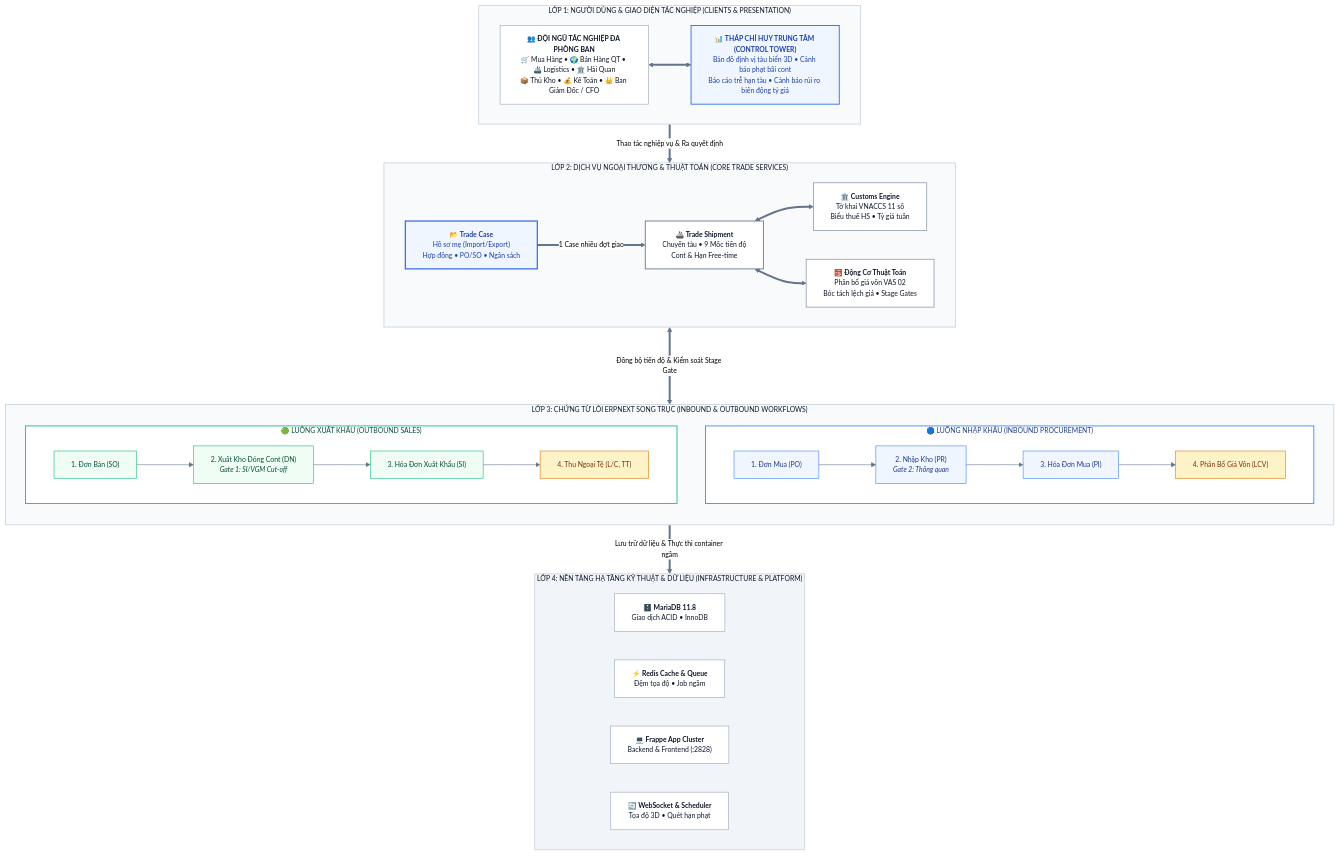
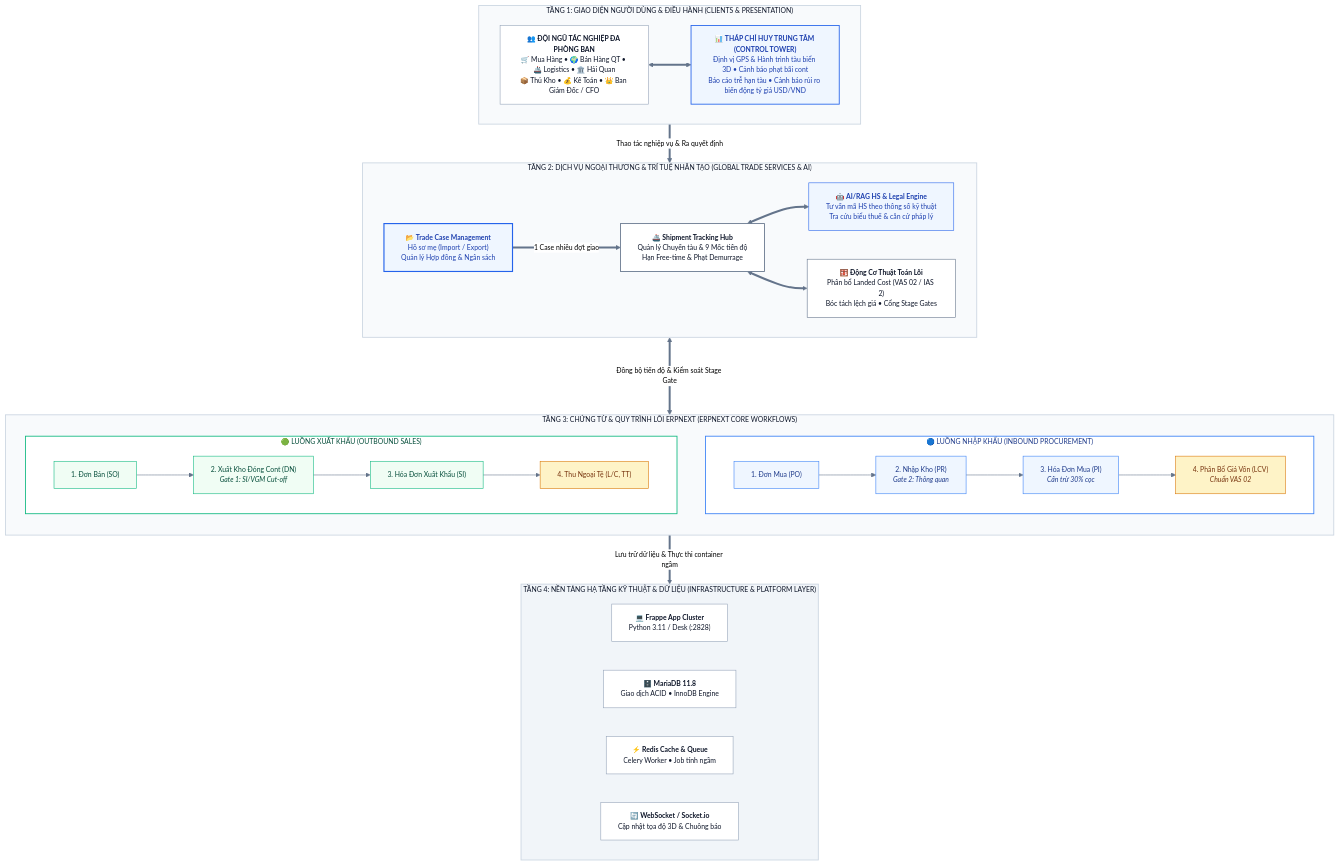
Before and after one commit to capkimkhanh2k5/Logistics_ERPNext_RAG: the first of 3 diagrams in KIEN_TRUC_HE_THONG_QUAN_TRI_XUAT_NHAP_KHAU.md, drawn with Mermaid. The commit also changed other lines of this file, not shown here.

Commit message:
docs: streamline architecture with 4-tier enterprise layers and 5-stage lifecycle workflow

````diff
--- a/KIEN_TRUC_HE_THONG_QUAN_TRI_XUAT_NHAP_KHAU.md
+++ b/KIEN_TRUC_HE_THONG_QUAN_TRI_XUAT_NHAP_KHAU.md
@@ -29,38 +29,38 @@
 %%{init: {'theme': 'neutral', 'themeVariables': { 'fontFamily': 'Segoe UI, Arial, sans-serif', 'fontSize': '12px', 'lineColor': '#64748B'}}}%%
 flowchart TD
     %% ==========================================
-    %% LỚP 1: CON NGƯỜI & ĐIỀU HÀNH (CLIENTS & WORKSPACES)
+    %% TẦNG 1: GIAO DIỆN & ĐIỀU HÀNH (PRESENTATION & CLIENTS)
     %% ==========================================
-    subgraph T1["LỚP 1: NGƯỜI DÙNG & GIAO DIỆN TÁC NGHIỆP (CLIENTS & PRESENTATION)"]
+    subgraph T1["TẦNG 1: GIAO DIỆN NGƯỜI DÙNG & ĐIỀU HÀNH (CLIENTS & PRESENTATION)"]
         direction LR
         ROLES["👥 <b>ĐỘI NGŨ TÁC NGHIỆP ĐA PHÒNG BAN</b><br>🛒 Mua Hàng • 🌍 Bán Hàng QT • 🚢 Logistics • 🏛️ Hải Quan<br>📦 Thủ Kho • 💰 Kế Toán • 👑 Ban Giám Đốc / CFO"]
-        DASH["📊 <b>THÁP CHỈ HUY TRUNG TÂM (CONTROL TOWER)</b><br>Bản đồ định vị tàu biển 3D • Cảnh báo phạt bãi cont<br>Báo cáo trễ hạn tàu • Cảnh báo rủi ro biến động tỷ giá"]
+        DASH["📊 <b>THÁP CHỈ HUY TRUNG TÂM (CONTROL TOWER)</b><br>Định vị GPS & Hành trình tàu biển 3D • Cảnh báo phạt bãi cont<br>Báo cáo trễ hạn tàu • Cảnh báo rủi ro biến động tỷ giá USD/VND"]
         ROLES <==> DASH
     end
 
     %% ==========================================
-    %% LỚP 2: TRUNG TÂM QUẢN TRỊ NGOẠI THƯƠNG
+    %% TẦNG 2: DỊCH VỤ NGOẠI THƯƠNG & TRÍ TUỆ NHÂN TẠO
     %% ==========================================
-    subgraph T2["LỚP 2: DỊCH VỤ NGOẠI THƯƠNG & THUẬT TOÁN (CORE TRADE SERVICES)"]
+    subgraph T2["TẦNG 2: DỊCH VỤ NGOẠI THƯƠNG & TRÍ TUỆ NHÂN TẠO (GLOBAL TRADE SERVICES & AI)"]
         direction LR
-        TC["📂 <b>Trade Case</b><br>Hồ sơ mẹ (Import/Export)<br>Hợp đồng • PO/SO • Ngân sách"]
-        TS["🚢 <b>Trade Shipment</b><br>Chuyến tàu • 9 Mốc tiến độ<br>Cont & Hạn Free-time"]
-        VNACCS["🏛️ <b>Customs Engine</b><br>Tờ khai VNACCS 11 số<br>Biểu thuế HS • Tỷ giá tuần"]
-        LOGIC["🧮 <b>Động Cơ Thuật Toán</b><br>Phân bổ giá vốn VAS 02<br>Bóc tách lệch giá • Stage Gates"]
+        TC["📂 <b>Trade Case Management</b><br>Hồ sơ mẹ (Import / Export)<br>Quản lý Hợp đồng & Ngân sách"]
+        TS["🚢 <b>Shipment Tracking Hub</b><br>Quản lý Chuyến tàu & 9 Mốc tiến độ<br>Hạn Free-time & Phạt Demurrage"]
+        AIRAG["🤖 <b>AI/RAG HS & Legal Engine</b><br>Tư vấn mã HS theo thông số kỹ thuật<br>Tra cứu biểu thuế & căn cứ pháp lý"]
+        LOGIC["🧮 <b>Động Cơ Thuật Toán Lõi</b><br>Phân bổ Landed Cost (VAS 02 / IAS 2)<br>Bóc tách lệch giá • Cổng Stage Gates"]
         
         TC ==>|"1 Case nhiều đợt giao"| TS
-        TS <==> VNACCS
+        TS <==> AIRAG
         TS <==> LOGIC
     end
 
     %% ==========================================
-    %% LỚP 3: HAI LUỒNG CHỨNG TỪ SONG SONG
+    %% TẦNG 3: CHỨNG TỪ & QUY TRÌNH LÕI ERPNEXT
     %% ==========================================
-    subgraph T3["LỚP 3: CHỨNG TỪ LÕI ERPNEXT SONG TRỤC (INBOUND & OUTBOUND WORKFLOWS)"]
+    subgraph T3["TẦNG 3: CHỨNG TỪ & QUY TRÌNH LÕI ERPNEXT (ERPNEXT CORE WORKFLOWS)"]
         direction TB
         subgraph LUONG_NHAP["🔵 LUỒNG NHẬP KHẨU (INBOUND PROCUREMENT)"]
             direction LR
-            PO["1. Đơn Mua (PO)"] --> PR["2. Nhập Kho (PR)<br><i>Gate 2: Thông quan</i>"] --> PI["3. Hóa Đơn Mua (PI)"] --> LCV["4. Phân Bổ Giá Vốn (LCV)"]
+            PO["1. Đơn Mua (PO)"] --> PR["2. Nhập Kho (PR)<br><i>Gate 2: Thông quan</i>"] --> PI["3. Hóa Đơn Mua (PI)<br><i>Cấn trừ 30% cọc</i>"] --> LCV["4. Phân Bổ Giá Vốn (LCV)<br><i>Chuẩn VAS 02</i>"]
         end
         subgraph LUONG_XUAT["🟢 LUỒNG XUẤT KHẨU (OUTBOUND SALES)"]
             direction LR
@@ -69,14 +69,14 @@
     end
 
     %% ==========================================
-    %% LỚP 4: HẠ TẦNG KỸ THUẬT CONTAINER
+    %% TẦNG 4: HẠ TẦNG KỸ THUẬT & DỮ LIỆU
     %% ==========================================
-    subgraph T4["LỚP 4: NỀN TẢNG HẠ TẦNG KỸ THUẬT & DỮ LIỆU (INFRASTRUCTURE & PLATFORM)"]
+    subgraph T4["TẦNG 4: NỀN TẢNG HẠ TẦNG KỸ THUẬT & DỮ LIỆU (INFRASTRUCTURE & PLATFORM LAYER)"]
         direction LR
-        INFRA_DB["🗄️ <b>MariaDB 11.8</b><br>Giao dịch ACID • InnoDB"]
-        INFRA_REDIS["⚡ <b>Redis Cache & Queue</b><br>Đệm tọa độ • Job ngầm"]
-        INFRA_APP["💻 <b>Frappe App Cluster</b><br>Backend & Frontend (:2828)"]
-        INFRA_SOCK["🔄 <b>WebSocket & Scheduler</b><br>Tọa độ 3D • Quét hạn phạt"]
+        INFRA_APP["💻 <b>Frappe App Cluster</b><br>Python 3.11 / Desk (:2828)"]
+        INFRA_DB["🗄️ <b>MariaDB 11.8</b><br>Giao dịch ACID • InnoDB Engine"]
+        INFRA_REDIS["⚡ <b>Redis Cache & Queue</b><br>Celery Worker • Job tính ngầm"]
+        INFRA_SOCK["🔄 <b>WebSocket / Socket.io</b><br>Cập nhật tọa độ 3D & Chuông báo"]
     end
 
     %% ==========================================
@@ -102,7 +102,7 @@
 
     style TC fill:#EFF6FF,stroke:#2563EB,stroke-width:2px,color:#1E40AF
     style TS fill:#FFFFFF,stroke:#64748B,stroke-width:1.5px,color:#0F172A
-    style VNACCS fill:#FFFFFF,stroke:#64748B,stroke-width:1px,color:#0F172A
+    style AIRAG fill:#EFF6FF,stroke:#2563EB,stroke-width:1px,color:#1E40AF
     style LOGIC fill:#FFFFFF,stroke:#64748B,stroke-width:1px,color:#0F172A
 
     style PO fill:#EFF6FF,stroke:#3B82F6,stroke-width:1px,color:#1E3A8A
@@ -115,8 +115,8 @@
     style SI fill:#F0FDF4,stroke:#10B981,stroke-width:1px,color:#064E3B
     style PAY fill:#FEF3C7,stroke:#D97706,stroke-width:1px,color:#78350F
 
+    style INFRA_APP fill:#FFFFFF,stroke:#94A3B8,stroke-width:1px,color:#0F172A
     style INFRA_DB fill:#FFFFFF,stroke:#94A3B8,stroke-width:1px,color:#0F172A
     style INFRA_REDIS fill:#FFFFFF,stroke:#94A3B8,stroke-width:1px,color:#0F172A
-    style INFRA_APP fill:#FFFFFF,stroke:#94A3B8,stroke-width:1px,color:#0F172A
     style INFRA_SOCK fill:#FFFFFF,stroke:#94A3B8,stroke-width:1px,color:#0F172A
 ```
````
